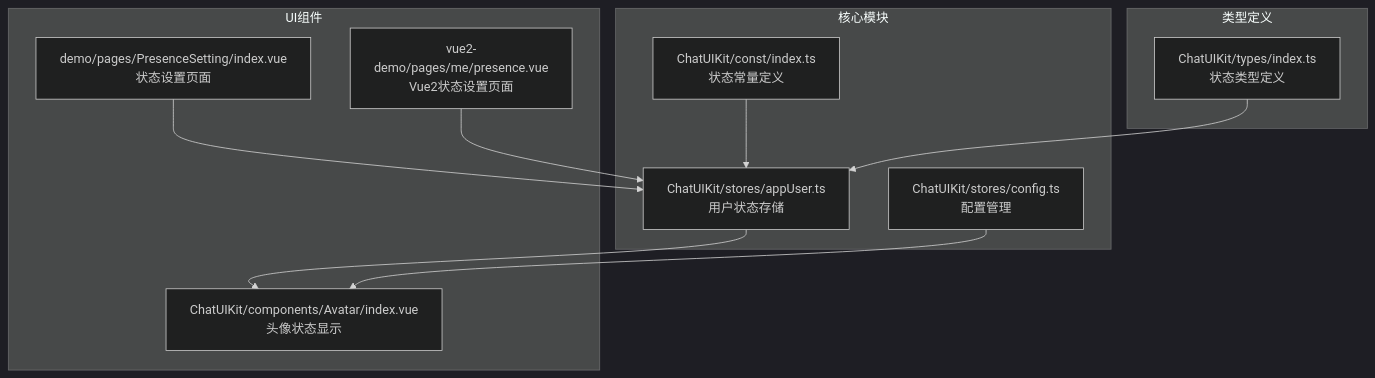
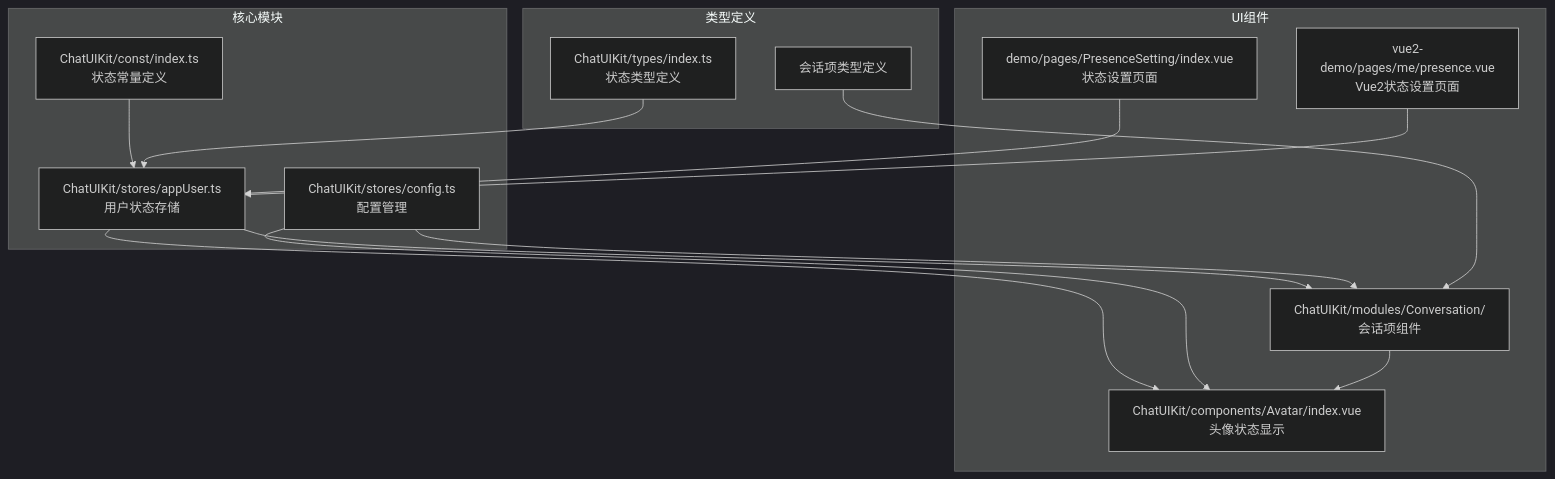
The first of 9 diagrams in .qoder/repowiki/zh/content/Presence Indicator Controls.md (Easemob-Community/easemob-uikit-uniapp-community), drawn with Mermaid (dark theme) before and after one commit. The commit also changed other lines of this file and 5 other files, not shown here.

````diff
--- a/.qoder/repowiki/zh/content/Presence Indicator Controls.md
+++ b/.qoder/repowiki/zh/content/Presence Indicator Controls.md
@@ -35,22 +46,28 @@
 ```mermaid
 graph TB
 subgraph "核心模块"
 A[ChatUIKit/const/index.ts<br/>状态常量定义]
 B[ChatUIKit/stores/appUser.ts<br/>用户状态存储]
 C[ChatUIKit/stores/config.ts<br/>配置管理]
 end
 subgraph "UI组件"
 D[ChatUIKit/components/Avatar/index.vue<br/>头像状态显示]
-E[demo/pages/PresenceSetting/index.vue<br/>状态设置页面]
-F[vue2-demo/pages/me/presence.vue<br/>Vue2状态设置页面]
+E[ChatUIKit/modules/Conversation/<br/>会话项组件]
+F[demo/pages/PresenceSetting/index.vue<br/>状态设置页面]
+G[vue2-demo/pages/me/presence.vue<br/>Vue2状态设置页面]
 end
 subgraph "类型定义"
-G[ChatUIKit/types/index.ts<br/>状态类型定义]
+H[ChatUIKit/types/index.ts<br/>状态类型定义]
+I[会话项类型定义]
 end
 A --> B
 B --> D
+B --> E
 C --> D
-E --> B
+C --> E
+E --> D
 F --> B
 G --> B
+H --> B
+I --> E
 ```
````
